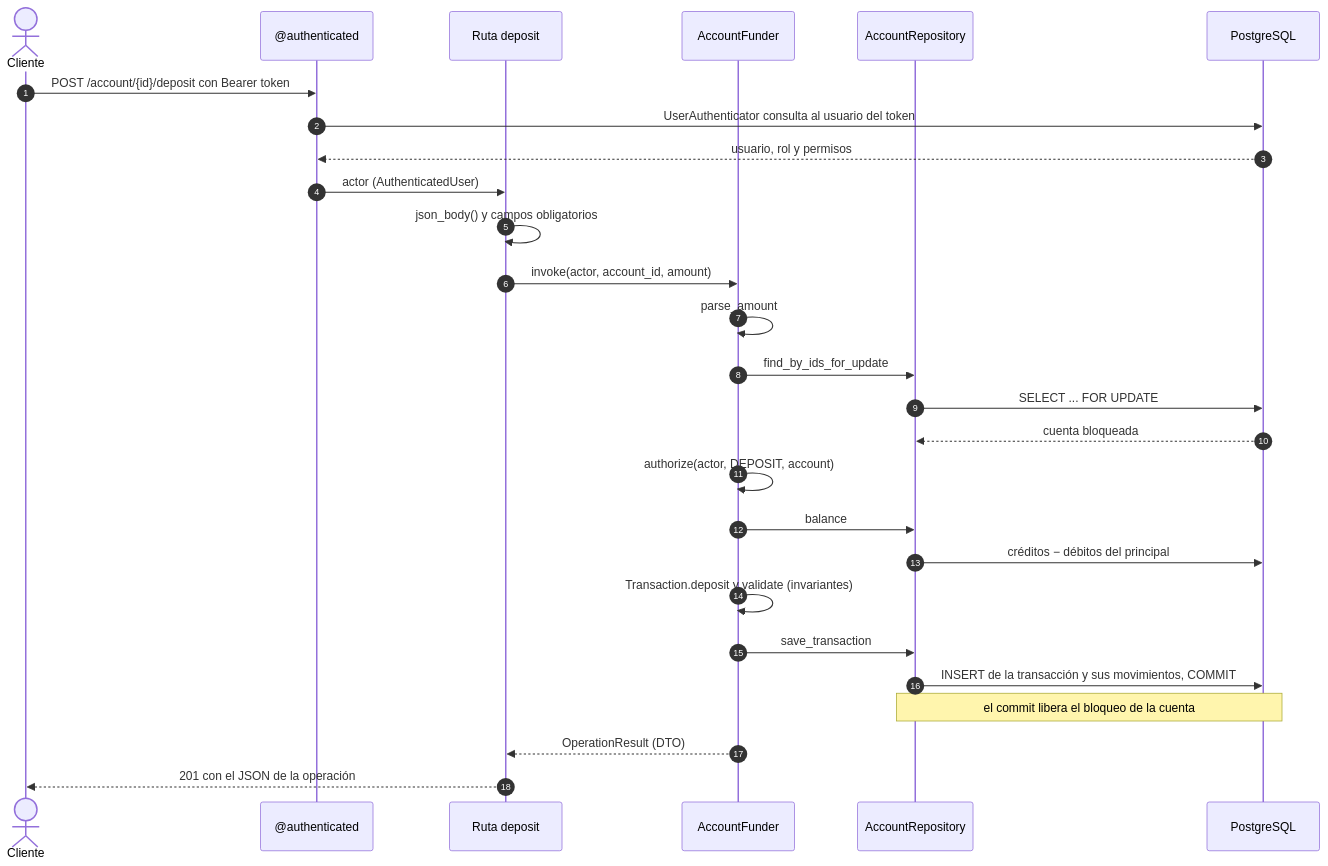
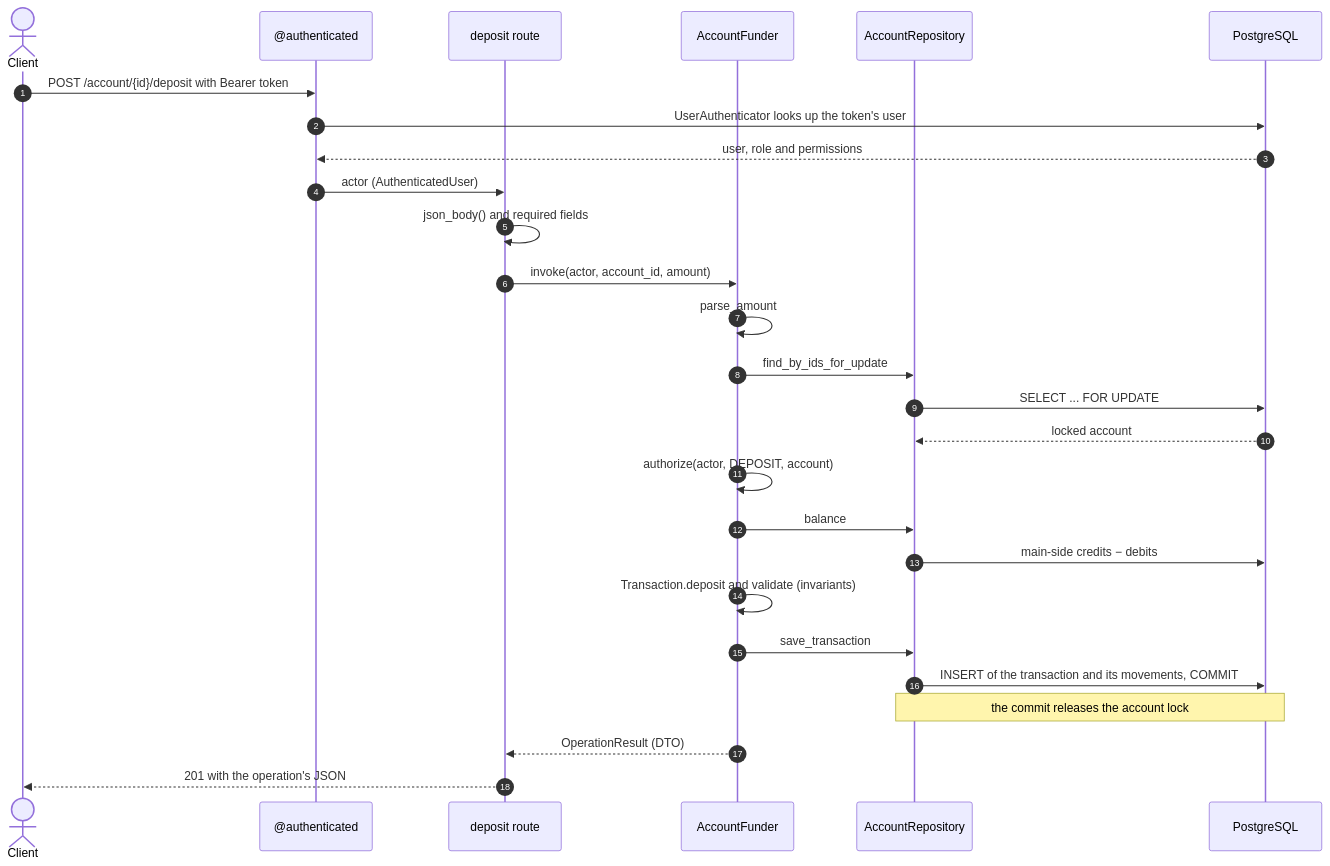
One commit to bernardo-colorado-dubois/banking-core changed the third of 3 diagrams in README.md. Above: the diagram before and after it, drawn with Mermaid. The commit also changed other lines of this file and 2 other files, not shown here.

First line of the commit message:
README y landing traducidos al inglés, con los contenidos al día

````diff
--- a/README.md
+++ b/README.md
@@ -188,30 +188,30 @@
 ```mermaid
 sequenceDiagram
   autonumber
-  actor Cliente
+  actor Client
   participant Auth as @authenticated
-  participant Ruta as Ruta deposit
-  participant Servicio as AccountFunder
+  participant Route as deposit route
+  participant Service as AccountFunder
   participant Repo as AccountRepository
-  participant BD as PostgreSQL
+  participant DB as PostgreSQL
 
-  Cliente->>Auth: POST /account/{id}/deposit con Bearer token
-  Auth->>BD: UserAuthenticator consulta al usuario del token
-  BD-->>Auth: usuario, rol y permisos
-  Auth->>Ruta: actor (AuthenticatedUser)
-  Ruta->>Ruta: json_body() y campos obligatorios
-  Ruta->>Servicio: invoke(actor, account_id, amount)
-  Servicio->>Servicio: parse_amount
-  Servicio->>Repo: find_by_ids_for_update
-  Repo->>BD: SELECT ... FOR UPDATE
-  BD-->>Repo: cuenta bloqueada
-  Servicio->>Servicio: authorize(actor, DEPOSIT, account)
-  Servicio->>Repo: balance
-  Repo->>BD: créditos − débitos del principal
-  Servicio->>Servicio: Transaction.deposit y validate (invariantes)
-  Servicio->>Repo: save_transaction
-  Repo->>BD: INSERT de la transacción y sus movimientos, COMMIT
-  Note over Repo,BD: el commit libera el bloqueo de la cuenta
-  Servicio-->>Ruta: OperationResult (DTO)
-  Ruta-->>Cliente: 201 con el JSON de la operación
+  Client->>Auth: POST /account/{id}/deposit with Bearer token
+  Auth->>DB: UserAuthenticator looks up the token's user
+  DB-->>Auth: user, role and permissions
+  Auth->>Route: actor (AuthenticatedUser)
+  Route->>Route: json_body() and required fields
+  Route->>Service: invoke(actor, account_id, amount)
+  Service->>Service: parse_amount
+  Service->>Repo: find_by_ids_for_update
+  Repo->>DB: SELECT ... FOR UPDATE
+  DB-->>Repo: locked account
+  Service->>Service: authorize(actor, DEPOSIT, account)
+  Service->>Repo: balance
+  Repo->>DB: main-side credits − debits
+  Service->>Service: Transaction.deposit and validate (invariants)
+  Service->>Repo: save_transaction
+  Repo->>DB: INSERT of the transaction and its movements, COMMIT
+  Note over Repo,DB: the commit releases the account lock
+  Service-->>Route: OperationResult (DTO)
+  Route-->>Client: 201 with the operation's JSON
 ```
````
